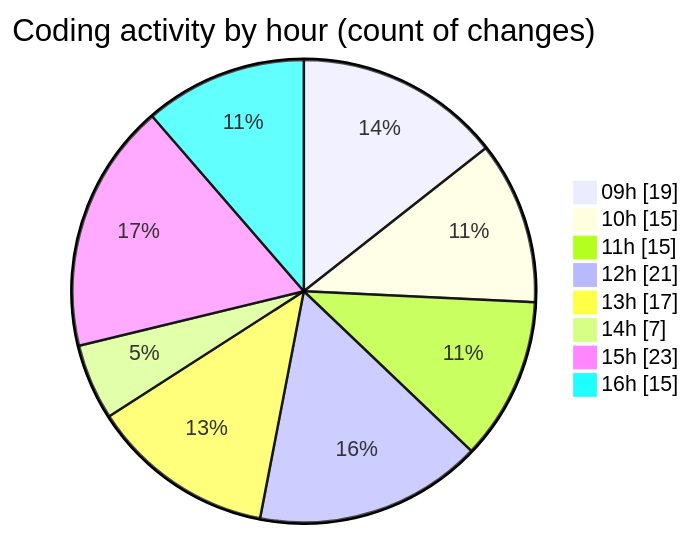
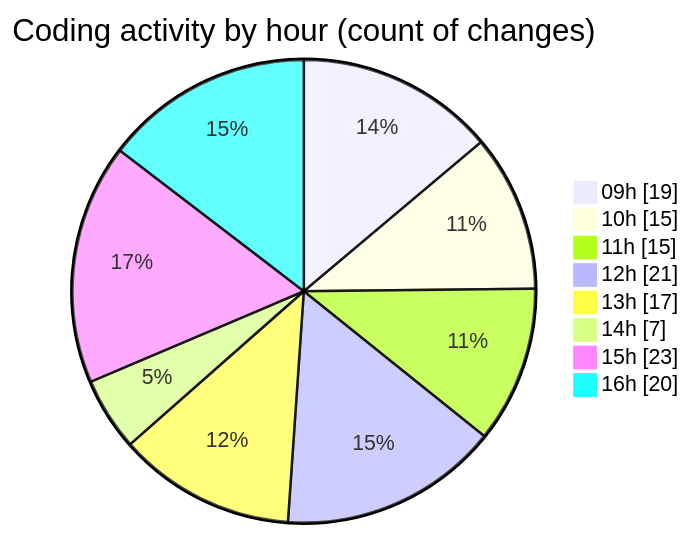
Before and after one commit to momahboobian/code-tracking: the second of 2 diagrams in 2025-09-05/cda/README.md, drawn with Mermaid. The commit also changed other lines of this file and 1 other file, not shown here.

````diff
--- a/2025-09-05/cda/README.md
+++ b/2025-09-05/cda/README.md
@@ -36,12 +37,12 @@
 ```mermaid
 pie showData
 title Coding activity by hour (count of changes)
 "09h" : 19
 "10h" : 15
 "11h" : 15
 "12h" : 21
 "13h" : 17
 "14h" : 7
 "15h" : 23
-"16h" : 15
+"16h" : 20
 ```
````
